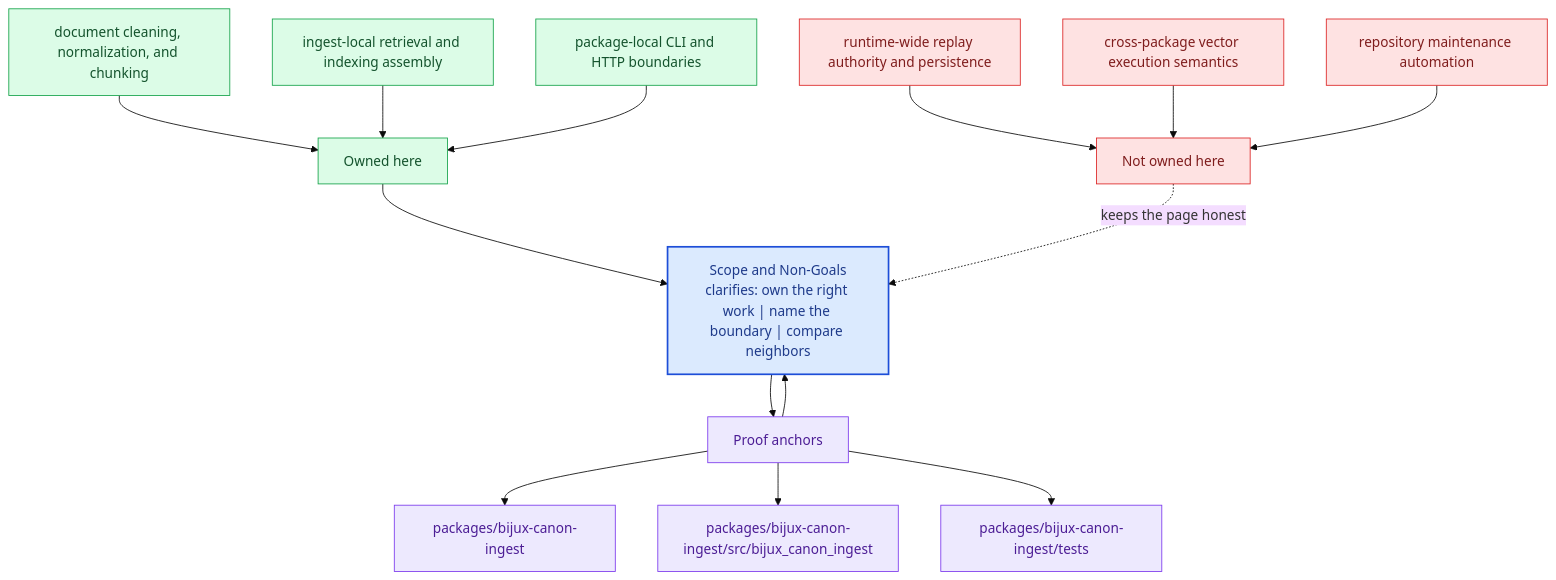
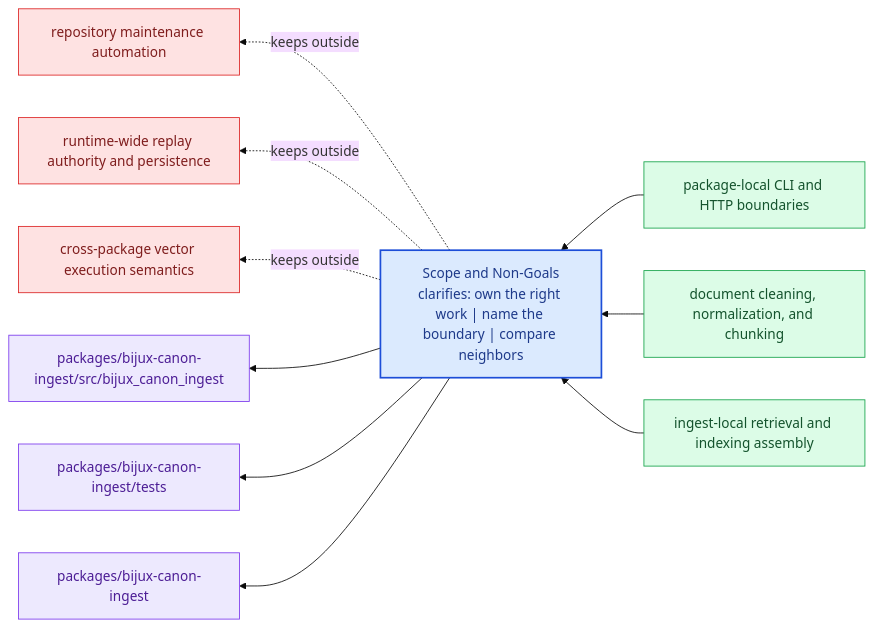
Before and after one commit to bijux/bijux-canon: the diagram in docs/bijux-canon-ingest/foundation/scope-and-non-goals.md, drawn with Mermaid (base theme). The commit also changed other lines of this file and 281 other files, not shown here.

Commit message:
docs(diagrams): replace repeated mermaid scaffolds with page-specific summaries

````diff
--- a/docs/bijux-canon-ingest/foundation/scope-and-non-goals.md
+++ b/docs/bijux-canon-ingest/foundation/scope-and-non-goals.md
@@ -69,40 +24,31 @@
 ```mermaid
-flowchart TB
-    promise["Scope and Non-Goals<br/>clarifies: own the right work | name the boundary | compare neighbors"]
-    classDef promise fill:#dbeafe,stroke:#1d4ed8,color:#1e3a8a,stroke-width:2px;
-    classDef driver fill:#dcfce7,stroke:#16a34a,color:#14532d;
-    classDef constraint fill:#fee2e2,stroke:#dc2626,color:#7f1d1d;
-    classDef ground fill:#ede9fe,stroke:#7c3aed,color:#4c1d95;
-    focus1["Owned here"]
-    focus1 --> promise
-    focus1_1["document cleaning, normalization, and chunking"]
-    focus1_1 --> focus1
-    focus1_2["ingest-local retrieval and indexing assembly"]
-    focus1_2 --> focus1
-    focus1_3["package-local CLI and HTTP boundaries"]
-    focus1_3 --> focus1
-    class focus1 driver;
-    class focus1_1,focus1_2,focus1_3 driver;
-    focus2["Not owned here"]
-    focus2 -.keeps the page honest.-> promise
-    focus2_1["runtime-wide replay authority and persistence"]
-    focus2_1 --> focus2
-    focus2_2["cross-package vector execution semantics"]
-    focus2_2 --> focus2
-    focus2_3["repository maintenance automation"]
-    focus2_3 --> focus2
-    class focus2 constraint;
-    class focus2_1,focus2_2,focus2_3 constraint;
-    focus3["Proof anchors"]
-    focus3 --> promise
-    promise --> focus3
-    focus3_1["packages/bijux-canon-ingest"]
-    focus3 --> focus3_1
-    focus3_2["packages/bijux-canon-ingest/src/bijux_canon_ingest"]
-    focus3 --> focus3_2
-    focus3_3["packages/bijux-canon-ingest/tests"]
-    focus3 --> focus3_3
-    class focus3 ground;
-    class focus3_1,focus3_2,focus3_3 ground;
-    class promise promise;
+flowchart RL
+    page["Scope and Non-Goals<br/>clarifies: own the right work | name the boundary | compare neighbors"]
+    classDef page fill:#dbeafe,stroke:#1d4ed8,color:#1e3a8a,stroke-width:2px;
+    classDef positive fill:#dcfce7,stroke:#16a34a,color:#14532d;
+    classDef caution fill:#fee2e2,stroke:#dc2626,color:#7f1d1d;
+    classDef anchor fill:#ede9fe,stroke:#7c3aed,color:#4c1d95;
+    classDef action fill:#fef3c7,stroke:#d97706,color:#7c2d12;
+    own1["package-local CLI and HTTP boundaries"]
+    own1 --> page
+    own2["document cleaning, normalization, and chunking"]
+    own2 --> page
+    own3["ingest-local retrieval and indexing assembly"]
+    own3 --> page
+    limit1["repository maintenance automation"]
+    page -.keeps outside.-> limit1
+    limit2["runtime-wide replay authority and persistence"]
+    page -.keeps outside.-> limit2
+    limit3["cross-package vector execution semantics"]
+    page -.keeps outside.-> limit3
+    anchor1["packages/bijux-canon-ingest/src/bijux_canon_ingest"]
+    page --> anchor1
+    anchor2["packages/bijux-canon-ingest/tests"]
+    page --> anchor2
+    anchor3["packages/bijux-canon-ingest"]
+    page --> anchor3
+    class page page;
+    class own1,own2,own3 positive;
+    class limit1,limit2,limit3 caution;
+    class anchor1,anchor2,anchor3 anchor;
 ```
````
